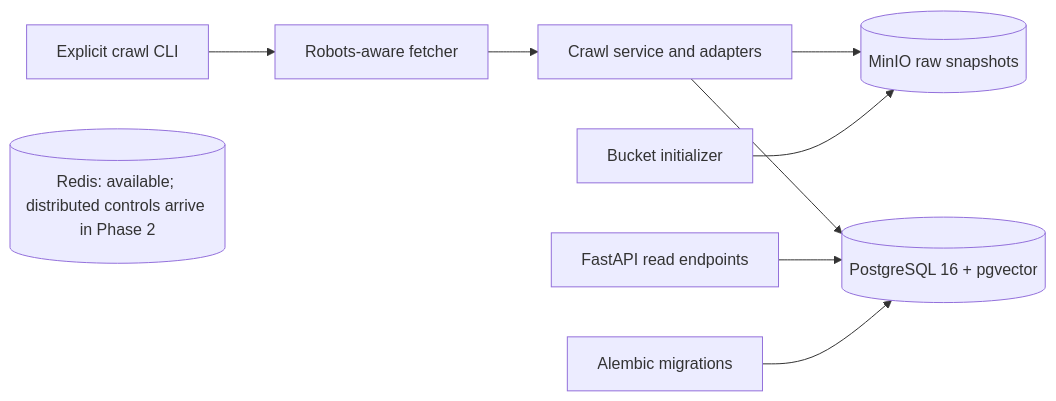
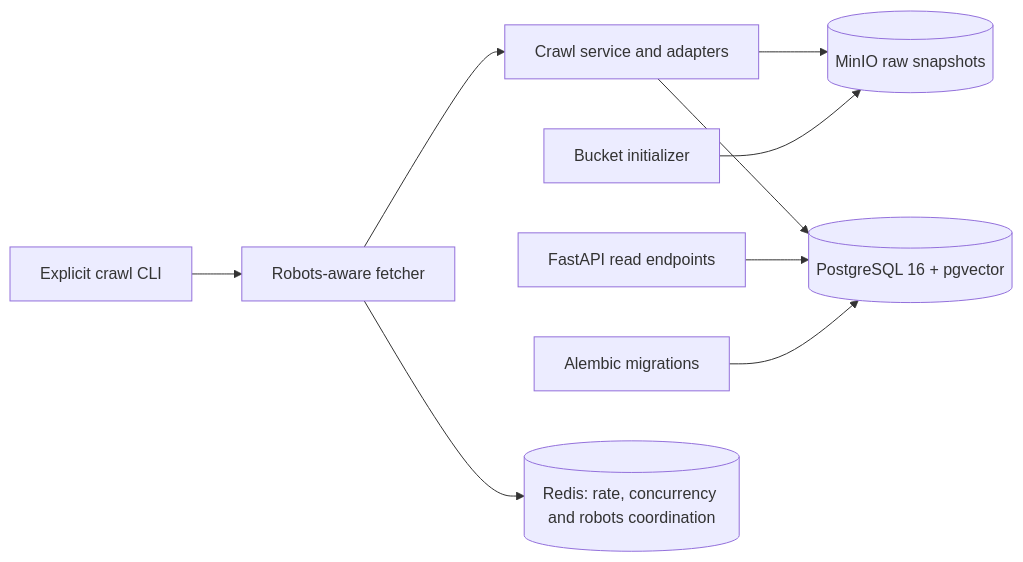
One commit to Adn2805/regwatch changed the diagram in ARCHITECTURE.md. Above: the diagram before and after it, drawn with Mermaid. The commit also changed other lines of this file and 17 other files, not shown here.

````diff
--- a/ARCHITECTURE.md
+++ b/ARCHITECTURE.md
@@ -10,11 +10,11 @@
 ```mermaid
 flowchart LR
   CLI[Explicit crawl CLI] --> F[Robots-aware fetcher]
   F --> C[Crawl service and adapters]
   C --> S[(MinIO raw snapshots)]
   C --> P[(PostgreSQL 16 + pgvector)]
   API[FastAPI read endpoints] --> P
   M[Alembic migrations] --> P
   B[Bucket initializer] --> S
-  R[(Redis: available; distributed controls arrive in Phase 2)]
+  F --> R[(Redis: rate, concurrency and robots coordination)]
 ```
````
